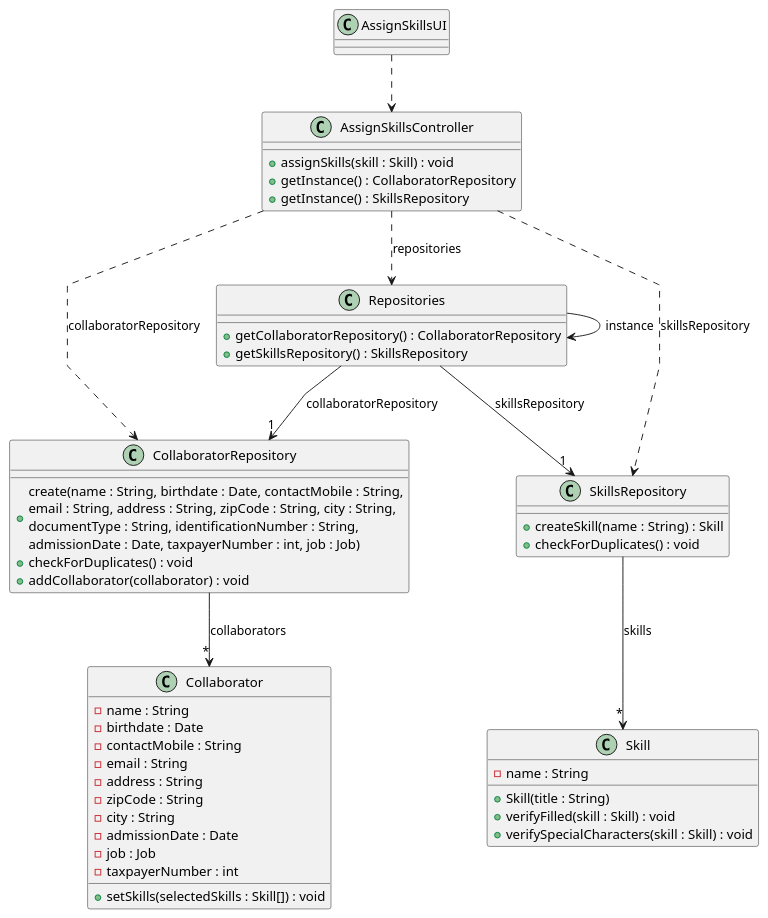
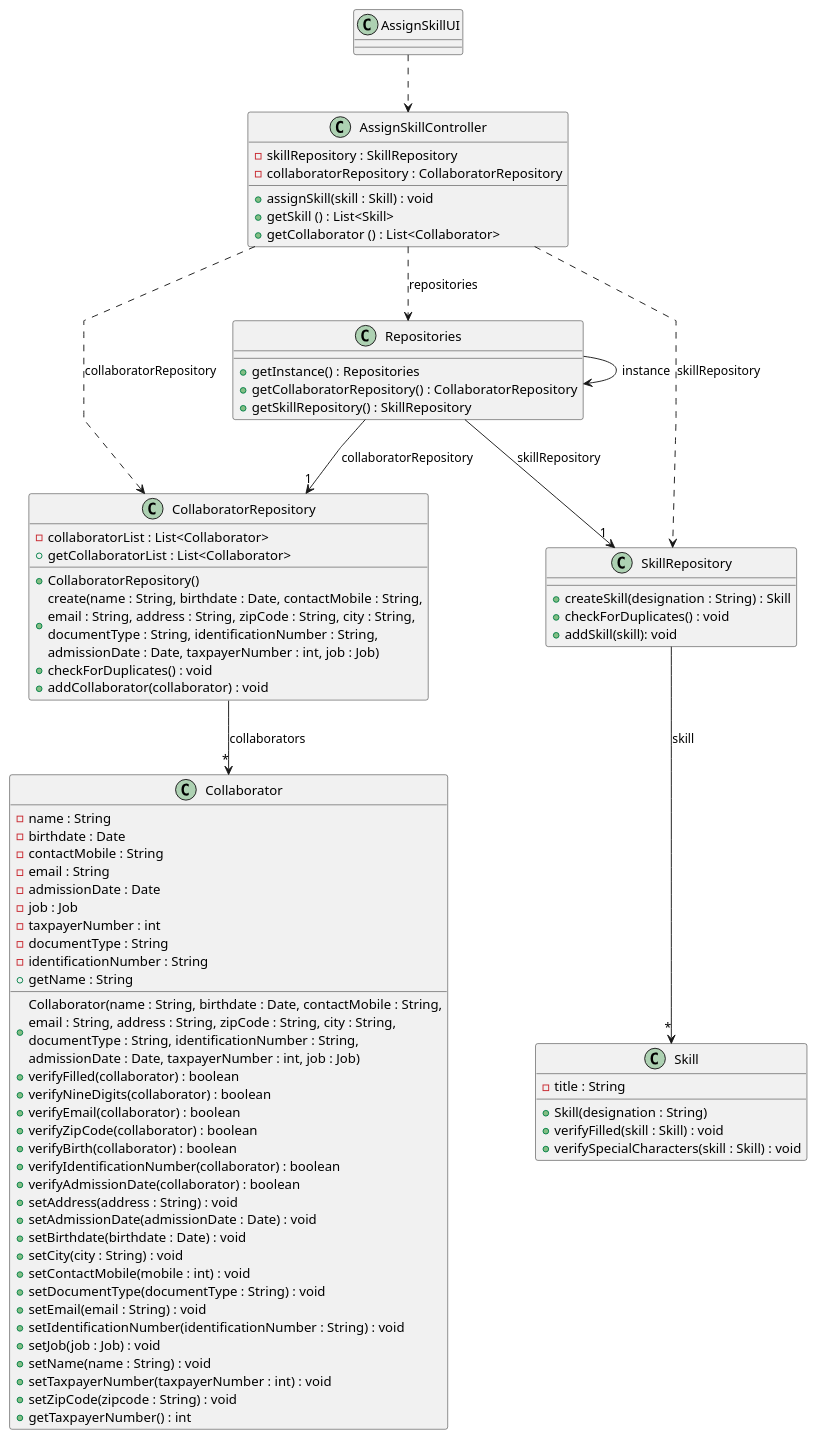
Before and after one commit to ricardomm7/leaflink: the diagram in docs/sprintB/us004/03.design/puml/us004-class-diagram.puml, drawn with PlantUML. The commit also changed 10 other files, not shown here.

```diff
--- a/docs/sprintB/us004/03.design/puml/us004-class-diagram.puml
+++ b/docs/sprintB/us004/03.design/puml/us004-class-diagram.puml
@@ -1,62 +1,89 @@
 @startuml
 skinparam packageStyle rectangle
 skinparam shadowing false
 skinparam linetype polyline
 
-class AssignSkillsUI {
+class AssignSkillUI {
 }
 
-class AssignSkillsController {
-    + assignSkills(skill : Skill) : void
-    + getInstance() : CollaboratorRepository
-    + getInstance() : SkillsRepository
+class AssignSkillController {
+    - skillRepository : SkillRepository
+    - collaboratorRepository : CollaboratorRepository
+    + assignSkill(skill : Skill) : void
+    + getSkill () : List<Skill>
+    + getCollaborator () : List<Collaborator>
 }
 
 class Repositories {
+    + getInstance() : Repositories
     + getCollaboratorRepository() : CollaboratorRepository
-    + getSkillsRepository() : SkillsRepository
+    + getSkillRepository() : SkillRepository
 }
 
 class CollaboratorRepository {
-        + create(name : String, birthdate : Date, contactMobile : String,\nemail : String, address : String, zipCode : String, city : String,\ndocumentType : String, identificationNumber : String, \nadmissionDate : Date, taxpayerNumber : int, job : Job)
-        + checkForDuplicates() : void
-        + addCollaborator(collaborator) : void
+    -collaboratorList : List<Collaborator>
+    +CollaboratorRepository()
+    + create(name : String, birthdate : Date, contactMobile : String,\nemail : String, address : String, zipCode : String, city : String,\ndocumentType : String, identificationNumber : String, \nadmissionDate : Date, taxpayerNumber : int, job : Job)
+    + checkForDuplicates() : void
+    + addCollaborator(collaborator) : void
+    + getCollaboratorList : List<Collaborator>
 }
 
-class SkillsRepository {
-    + createSkill(name : String) : Skill
+class SkillRepository {
+    + createSkill(designation : String) : Skill
     + checkForDuplicates() : void
+    + addSkill(skill): void
 }
 
 class Collaborator {
     - name : String
     - birthdate : Date
     - contactMobile : String
     - email : String
-    - address : String
-    - zipCode : String
-    - city : String
     - admissionDate : Date
     - job : Job
     - taxpayerNumber : int
-    + setSkills(selectedSkills : Skill[]) : void
+    - documentType : String
+    - identificationNumber : String
+    + Collaborator(name : String, birthdate : Date, contactMobile : String,\nemail : String, address : String, zipCode : String, city : String,\ndocumentType : String, identificationNumber : String, \nadmissionDate : Date, taxpayerNumber : int, job : Job)
+    + verifyFilled(collaborator) : boolean
+    + verifyNineDigits(collaborator) : boolean
+    + verifyEmail(collaborator) : boolean
+    + verifyZipCode(collaborator) : boolean
+    + verifyBirth(collaborator) : boolean
+    + verifyIdentificationNumber(collaborator) : boolean
+    + verifyAdmissionDate(collaborator) : boolean
+    + setAddress(address : String) : void
+    + setAdmissionDate(admissionDate : Date) : void
+    + setBirthdate(birthdate : Date) : void
+    + setCity(city : String) : void
+    + setContactMobile(mobile : int) : void
+    + setDocumentType(documentType : String) : void
+    + setEmail(email : String) : void
+    + setIdentificationNumber(identificationNumber : String) : void
+    + setJob(job : Job) : void
+    + setName(name : String) : void
+    + setTaxpayerNumber(taxpayerNumber : int) : void
+    + setZipCode(zipcode : String) : void
+    + getTaxpayerNumber() : int
+    + getName : String
 }
 
 class Skill {
-    - name : String
-    + Skill(title : String)
+    - title : String
+    + Skill(designation : String)
     + verifyFilled(skill : Skill) : void
     + verifySpecialCharacters(skill : Skill) : void
 }
 
-AssignSkillsUI ..> AssignSkillsController
-AssignSkillsController ..> Repositories : repositories
+AssignSkillUI ..> AssignSkillController
+AssignSkillController ..> Repositories : repositories
 Repositories --> Repositories : instance
 Repositories --> "1" CollaboratorRepository : collaboratorRepository
-Repositories --> "1" SkillsRepository : skillsRepository
-AssignSkillsController ..> CollaboratorRepository : collaboratorRepository
-AssignSkillsController ..> SkillsRepository : skillsRepository
+Repositories --> "1" SkillRepository : skillRepository
+AssignSkillController ..> CollaboratorRepository : collaboratorRepository
+AssignSkillController ..> SkillRepository : skillRepository
 CollaboratorRepository --> "*" Collaborator : collaborators
-SkillsRepository --> "*" Skill : skills
+SkillRepository --> "*" Skill : skill
 
 @enduml
```
